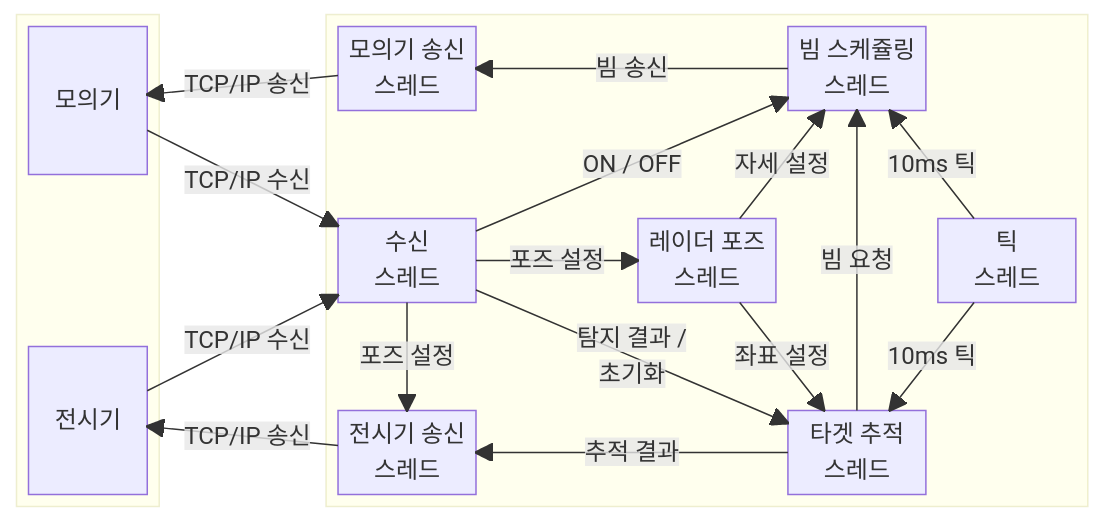
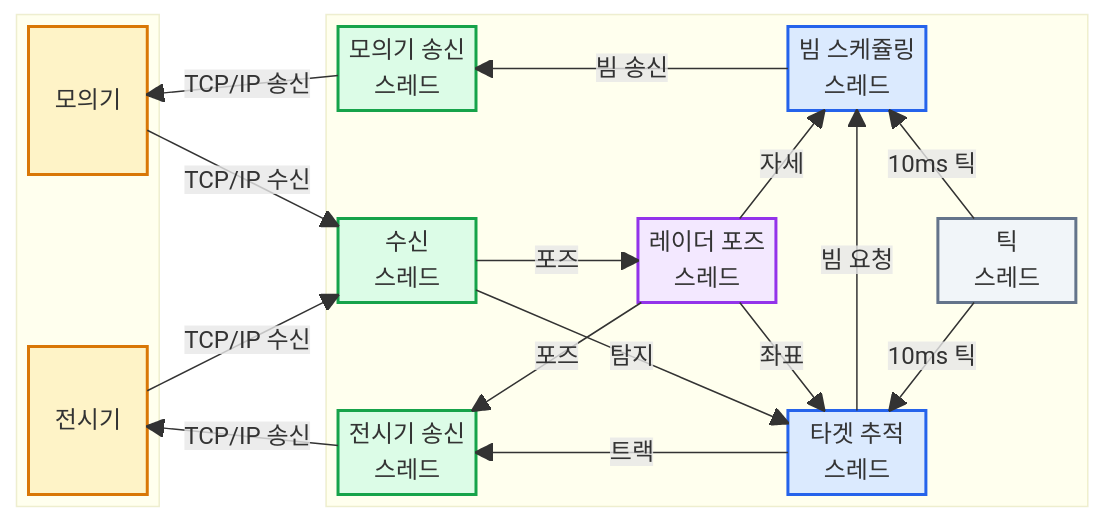
The second of 2 diagrams in README.md (AESAlien/aesa-processor), drawn with Mermaid before and after one commit. The commit also changed other lines of this file and 6 other files, not shown here.

First line of the commit message:
docs: README의 시스템 구조와 모듈별 다이어그램 정비

````diff
--- a/README.md
+++ b/README.md
@@ -39,37 +49,48 @@
 ```mermaid
 block-beta
     columns 7
 
     block:External:1
         columns 1
         Simulator["모의기"]
         space
         Console["전시기"]
     end
     space
     block:Processor:5
         columns 5
         SimulatorSendWorker["모의기 송신<br/>스레드"] space:2 BeamWorker["빔 스케쥴링<br/>스레드"] space:1
         space:5
         CommReceiveWorker["수신<br/>스레드"] space PoseWorker["레이더 포즈<br/>스레드"] space:1 TickWorker["틱<br/>스레드"]
         space:5
         ConsoleSendWorker["전시기 송신<br/>스레드"] space:2 TargetWorker["타겟 추적<br/>스레드"] space
     end
 
-    Simulator-- "TCP/IP 수신" -->CommReceiveWorker
-    Console-- "TCP/IP 수신" -->CommReceiveWorker
-    SimulatorSendWorker-- "TCP/IP 송신" -->Simulator
-    ConsoleSendWorker-- "TCP/IP 송신" -->Console
+    Simulator -- "TCP/IP 수신" --> CommReceiveWorker
+    Console -- "TCP/IP 수신" --> CommReceiveWorker
+    SimulatorSendWorker -- "TCP/IP 송신" --> Simulator
+    ConsoleSendWorker -- "TCP/IP 송신" --> Console
 
-    CommReceiveWorker-- "포즈 설정" -->ConsoleSendWorker
-    CommReceiveWorker-- "포즈 설정" -->PoseWorker
-    CommReceiveWorker-- "탐지 결과 /<br/>초기화" -->TargetWorker
-    CommReceiveWorker-- "ON / OFF" -->BeamWorker
-    PoseWorker-- "자세 설정" -->BeamWorker
-    PoseWorker-- "좌표 설정" -->TargetWorker
-    TargetWorker-- "추적 결과" -->ConsoleSendWorker
-    TargetWorker-- "빔 요청" -->BeamWorker
-    BeamWorker-- "빔 송신" -->SimulatorSendWorker
-    TickWorker-- "10ms 틱" -->BeamWorker
-    TickWorker-- "10ms 틱" -->TargetWorker
+    CommReceiveWorker -- "포즈" --> PoseWorker
+    CommReceiveWorker -- "탐지" --> TargetWorker
+    PoseWorker -- "포즈" --> ConsoleSendWorker
+    PoseWorker -- "자세" --> BeamWorker
+    PoseWorker -- "좌표" --> TargetWorker
+    TargetWorker -- "트랙" --> ConsoleSendWorker
+    TargetWorker -- "빔 요청" --> BeamWorker
+    BeamWorker -- "빔 송신" --> SimulatorSendWorker
+    TickWorker -- "10ms 틱" --> BeamWorker
+    TickWorker -- "10ms 틱" --> TargetWorker
+
+    classDef external fill:#FEF3C7,stroke:#D97706,color:#92400E,stroke-width:2px
+    classDef communication fill:#DCFCE7,stroke:#16A34A,color:#166534,stroke-width:2px
+    classDef processing fill:#DBEAFE,stroke:#2563EB,color:#1E40AF,stroke-width:2px
+    classDef utility fill:#F3E8FF,stroke:#9333EA,color:#6B21A8,stroke-width:2px
+    classDef control fill:#F1F5F9,stroke:#64748B,color:#334155,stroke-width:2px
+
+    class Simulator,Console external
+    class SimulatorSendWorker,CommReceiveWorker,ConsoleSendWorker communication
+    class BeamWorker,TargetWorker processing
+    class PoseWorker utility
+    class TickWorker control
 ```
````
